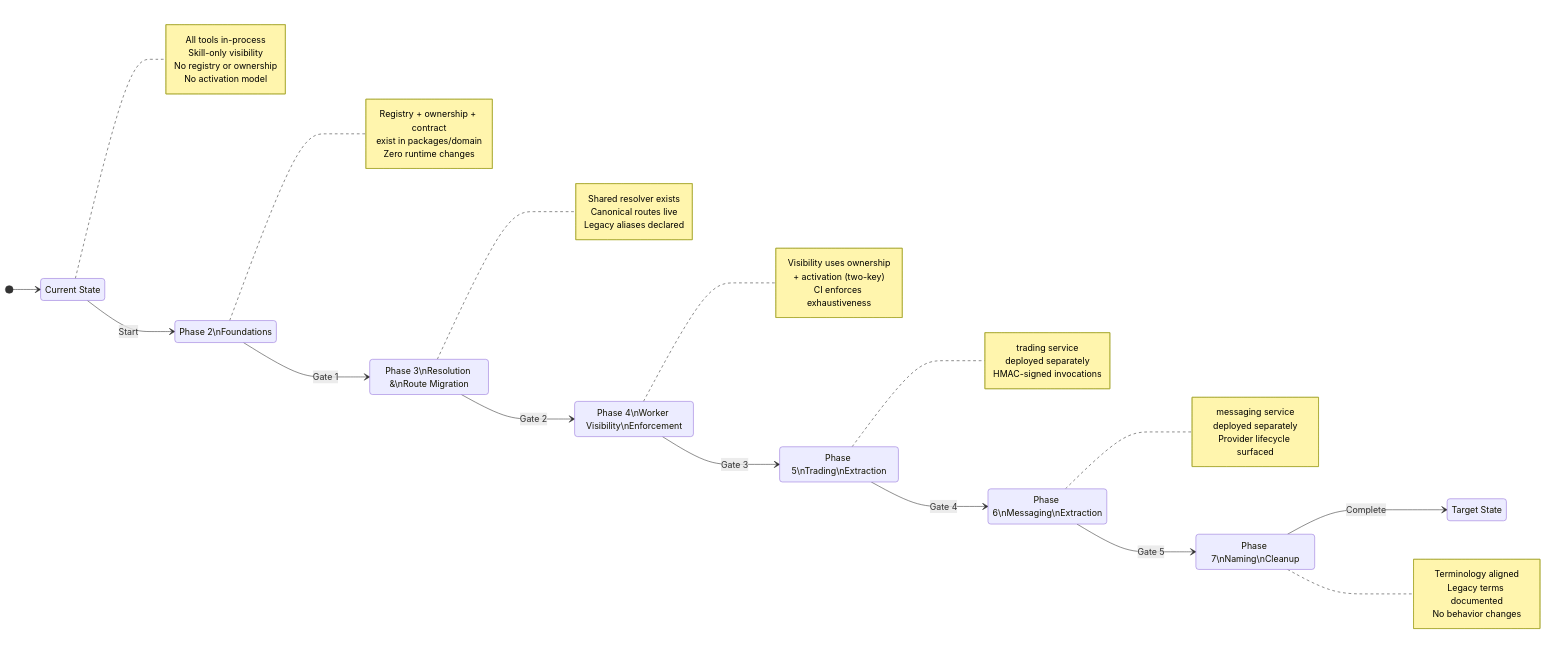
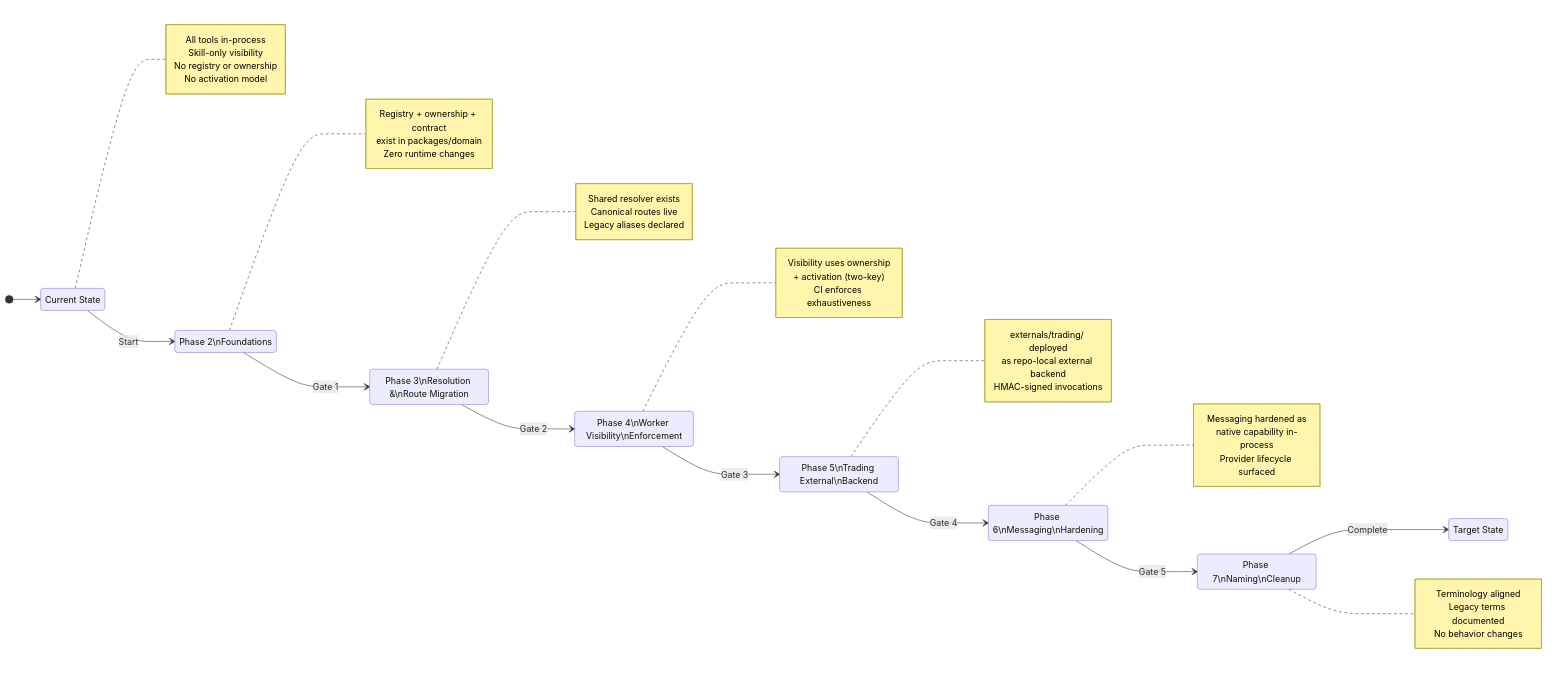
The first of 3 diagrams in docs/features/pending/000-capability-foundations/diagrams/phase-transitions.md (poshjosh/herobids), drawn with Mermaid before and after one commit. The commit also changed other lines of this file and 10 other files, not shown here.

````diff
--- a/docs/features/pending/000-capability-foundations/diagrams/phase-transitions.md
+++ b/docs/features/pending/000-capability-foundations/diagrams/phase-transitions.md
@@ -8,65 +8,65 @@
 ```mermaid
 stateDiagram-v2
   direction LR
 
   state "Current State" as current
   state "Phase 2\nFoundations" as p2
   state "Phase 3\nResolution &\nRoute Migration" as p3
   state "Phase 4\nWorker Visibility\nEnforcement" as p4
-  state "Phase 5\nTrading\nExtraction" as p5
-  state "Phase 6\nMessaging\nExtraction" as p6
+  state "Phase 5\nTrading External\nBackend" as p5
+  state "Phase 6\nMessaging\nHardening" as p6
   state "Phase 7\nNaming\nCleanup" as p7
   state "Target State" as target
 
   [*] --> current
   current --> p2 : Start
   p2 --> p3 : Gate 1
   p3 --> p4 : Gate 2
   p4 --> p5 : Gate 3
   p5 --> p6 : Gate 4
   p6 --> p7 : Gate 5
   p7 --> target : Complete
 
   note right of current
     All tools in-process
     Skill-only visibility
     No registry or ownership
     No activation model
   end note
 
   note right of p2
     Registry + ownership + contract
     exist in packages/domain
     Zero runtime changes
   end note
 
   note right of p3
     Shared resolver exists
     Canonical routes live
     Legacy aliases declared
   end note
 
   note right of p4
     Visibility uses ownership
     + activation (two-key)
     CI enforces exhaustiveness
   end note
 
   note right of p5
-    trading service
-    deployed separately
+    externals/trading/ deployed
+    as repo-local external backend
     HMAC-signed invocations
   end note
 
   note right of p6
-    messaging service
-    deployed separately
+    Messaging hardened as
+    native capability in-process
     Provider lifecycle surfaced
   end note
 
   note right of p7
     Terminology aligned
     Legacy terms documented
     No behavior changes
   end note
 ```
````
